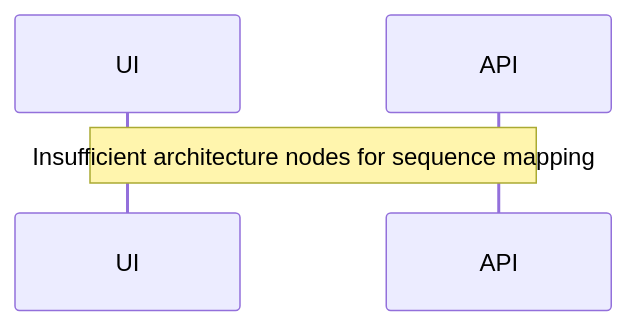
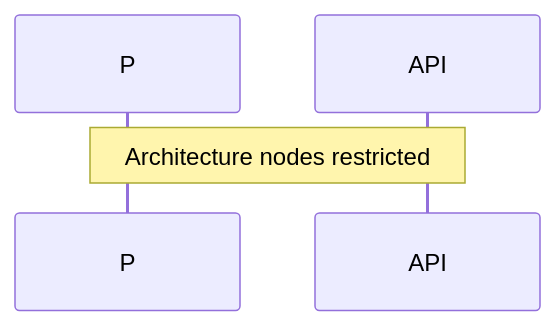
Before and after one commit to nexowebai/nexo-superadmin: the first of 2 diagrams in src/features/users/README.md, drawn with Mermaid. The commit also changed other lines of this file and 16 other files, not shown here.

````diff
--- a/src/features/users/README.md
+++ b/src/features/users/README.md
@@ -12,4 +16,5 @@
 ```mermaid
 sequenceDiagram
-    Note over UI,API: Insufficient architecture nodes for sequence mapping
+    autonumber
+    Note over P,API: Architecture nodes restricted
 ```
````
